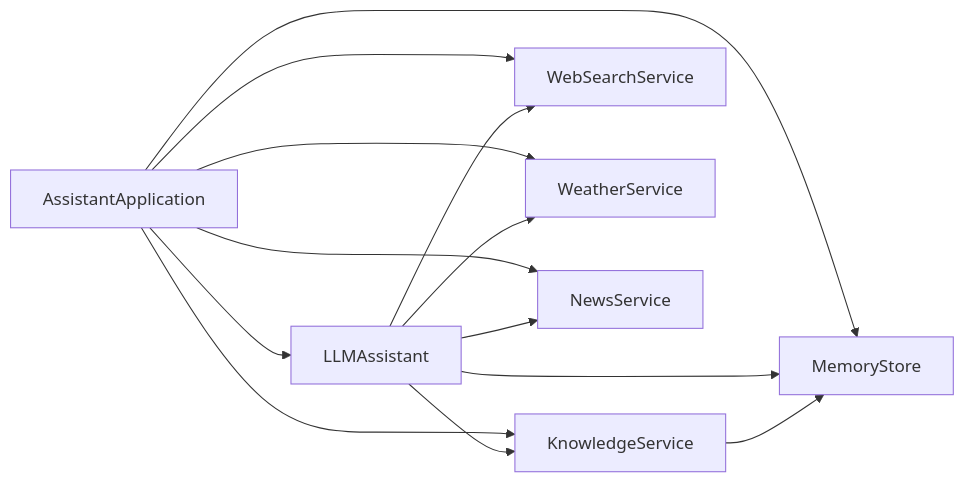
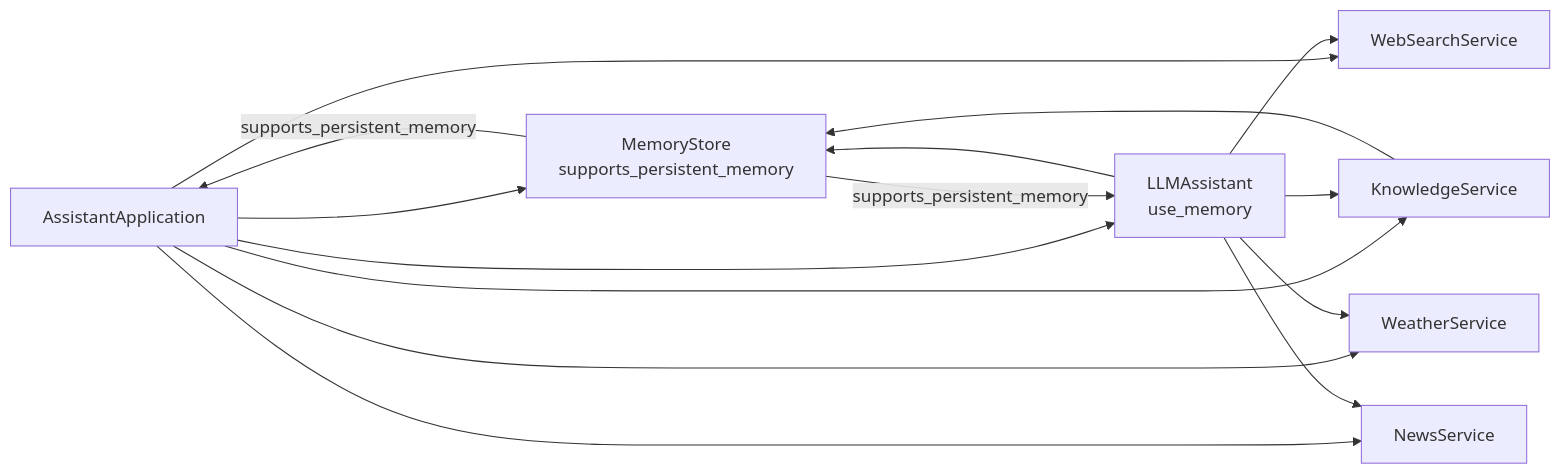
Before and after one commit to Sovetsky-Soyuz/AI-Assistant: diagram 11 of 11 in .qoder/repowiki/en/content/System Architecture/Backend Architecture/Backend Architecture.md, drawn with Mermaid. The commit also changed other lines of this file and 15 other files, not shown here.

````diff
--- a/.qoder/repowiki/en/content/System Architecture/Backend Architecture/Backend Architecture.md
+++ b/.qoder/repowiki/en/content/System Architecture/Backend Architecture/Backend Architecture.md
@@ -421,15 +542,17 @@
 ```mermaid
 graph LR
-APP["AssistantApplication"] --> MS["MemoryStore"]
+APP["AssistantApplication"] --> MS["MemoryStore<br/>supports_persistent_memory"]
 APP --> KB["KnowledgeService"]
 APP --> WS["WebSearchService"]
 APP --> WTHR["WeatherService"]
 APP --> NEWS["NewsService"]
-APP --> LLM["LLMAssistant"]
+APP --> LLM["LLMAssistant<br/>use_memory"]
 LLM --> MS
 LLM --> KB
 LLM --> WS
 LLM --> WTHR
 LLM --> NEWS
 KB --> MS
+MS --> |"supports_persistent_memory"| APP
+MS --> |"supports_persistent_memory"| LLM
 ```
````
